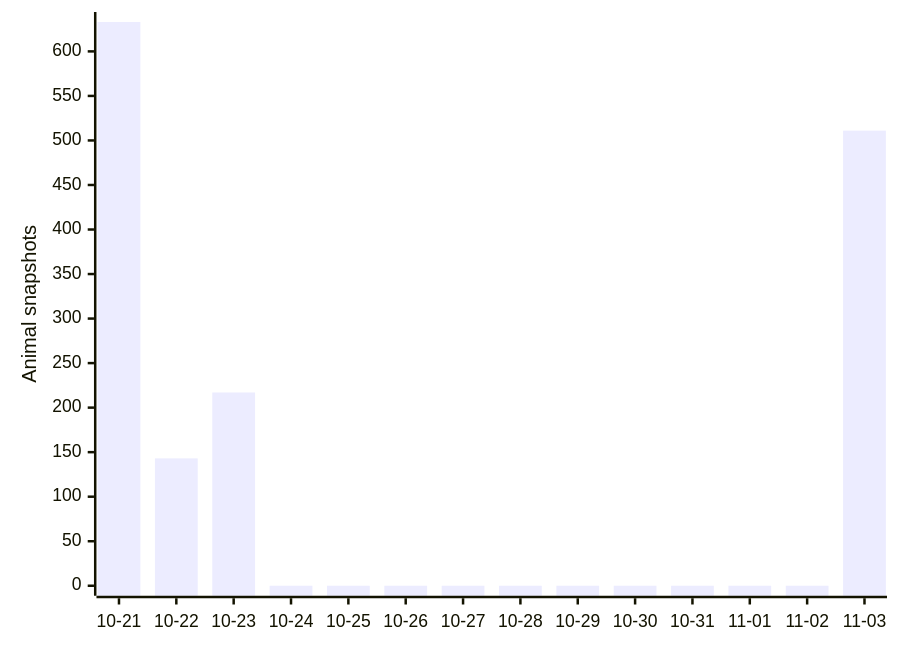
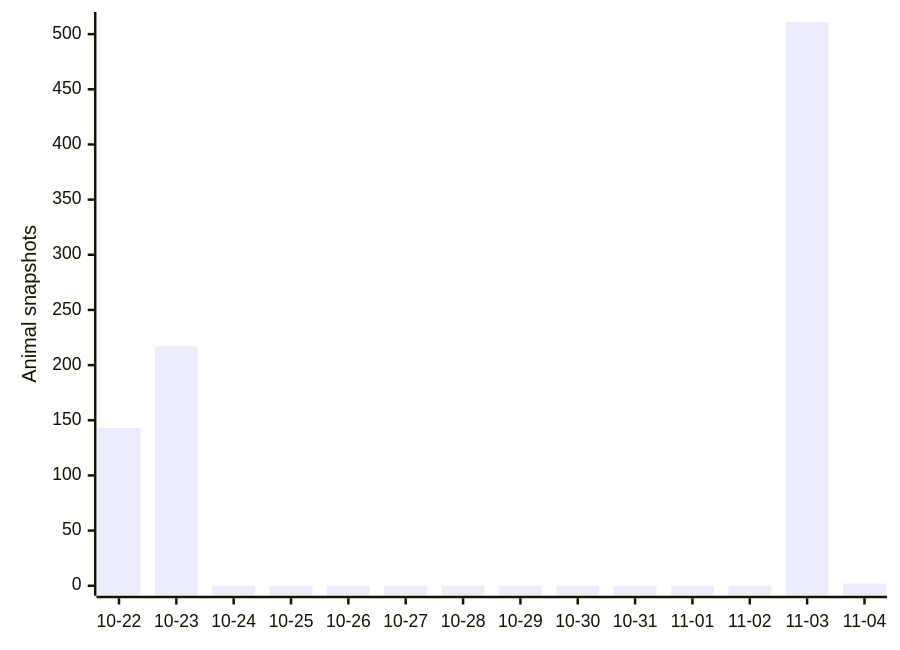
The first of 3 diagrams in README.md (joshuafrommeyer-35/PierTracker), drawn with Mermaid before and after one commit. The commit also changed other lines of this file and 7 other files, not shown here.

````diff
--- a/README.md
+++ b/README.md
@@ -138,6 +138,6 @@
 ```mermaid
 xychart-beta
-    x-axis ["10-21", "10-22", "10-23", "10-24", "10-25", "10-26", "10-27", "10-28", "10-29", "10-30", "10-31", "11-01", "11-02", "11-03"]
+    x-axis ["10-22", "10-23", "10-24", "10-25", "10-26", "10-27", "10-28", "10-29", "10-30", "10-31", "11-01", "11-02", "11-03", "11-04"]
     y-axis "Animal snapshots"
-    bar [633, 143, 217, 0, 0, 0, 0, 0, 0, 0, 0, 0, 0, 511]
+    bar [143, 217, 0, 0, 0, 0, 0, 0, 0, 0, 0, 0, 511, 2]
 ```
````
